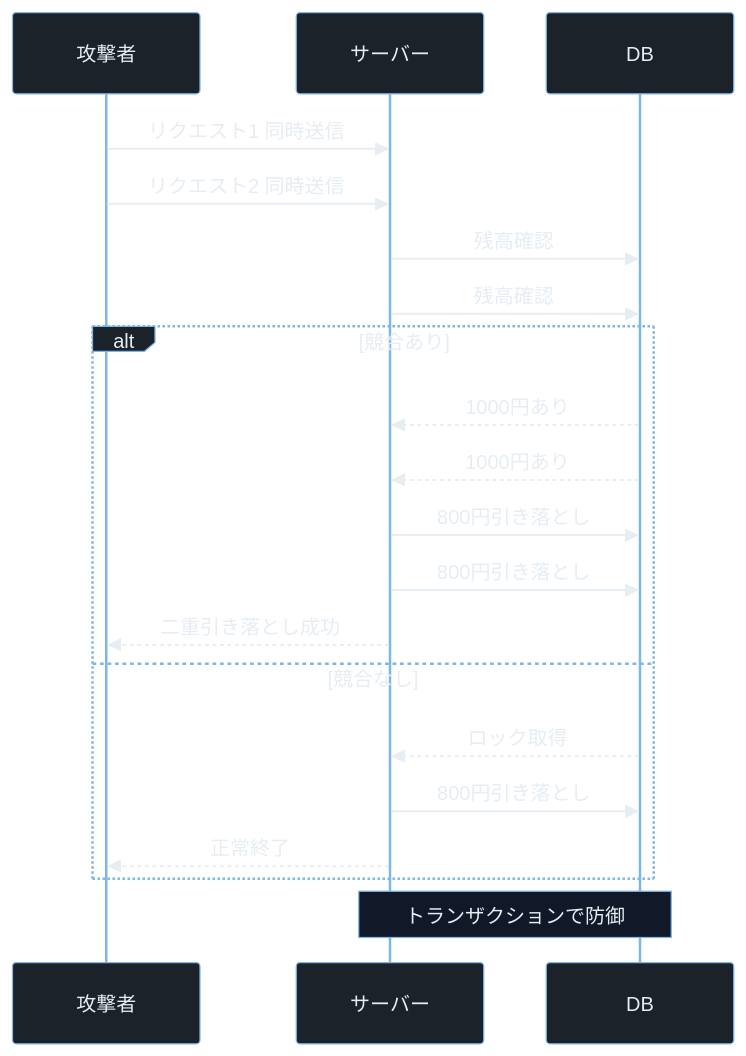
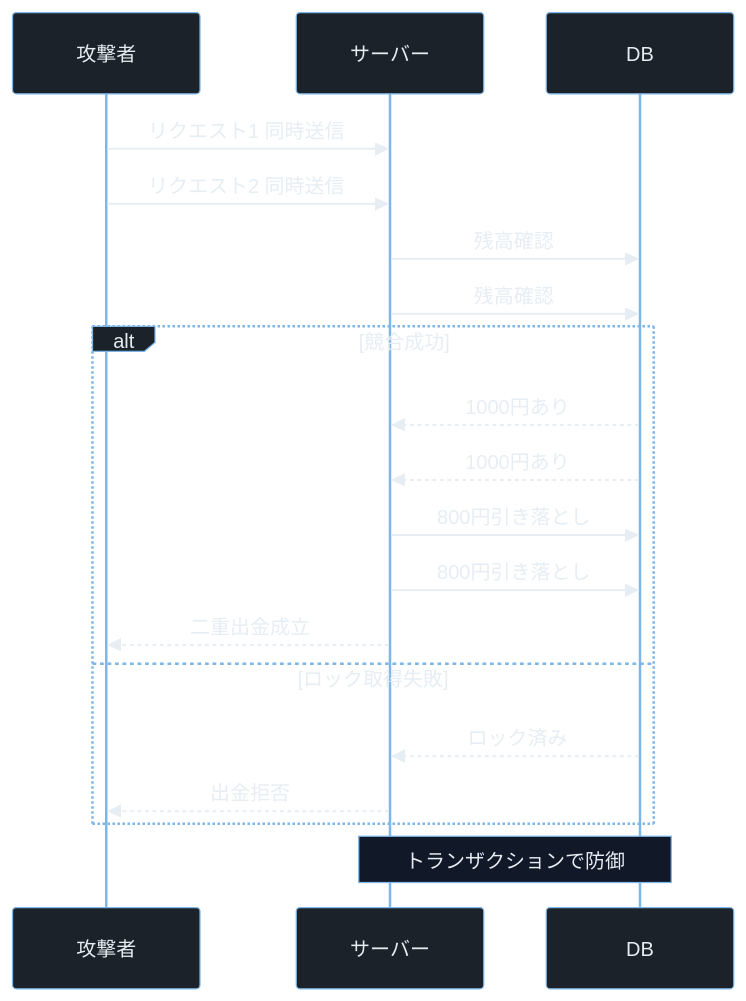
The second of 2 diagrams in articles/process-and-thread/index.md (Omni-lab26/recon0x-content), drawn with Mermaid before and after one commit. The commit also changed other lines of this file and 3 other files, not shown here.

````diff
--- a/articles/process-and-thread/index.md
+++ b/articles/process-and-thread/index.md
@@ -106,24 +112,23 @@
 ```mermaid
 %%{init: {"theme":"base","themeVariables":{"background":"#0b1117","primaryColor":"#1b222a","primaryBorderColor":"#7fb6e8","primaryTextColor":"#e6edf3","lineColor":"#9db6c9","actorBkg":"#1b222a","actorBorder":"#7fb6e8","actorTextColor":"#e6edf3","activationBkgColor":"#1b222a","activationBorderColor":"#7fb6e8","sequenceNumberColor":"#e6edf3","noteBkgColor":"#111827","noteTextColor":"#e6edf3","noteBorderColor":"#7fb6e8"}}}%%
 sequenceDiagram
     participant A as 攻撃者
     participant S as サーバー
     participant D as DB
 
     A->>S: リクエスト1 同時送信
     A->>S: リクエスト2 同時送信
     S->>D: 残高確認
     S->>D: 残高確認
-    alt 競合あり
+    alt 競合成功
         D-->>S: 1000円あり
         D-->>S: 1000円あり
         S->>D: 800円引き落とし
         S->>D: 800円引き落とし
-        S-->>A: 二重引き落とし成功
-    else 競合なし
-        D-->>S: ロック取得
-        S->>D: 800円引き落とし
-        S-->>A: 正常終了
+        S-->>A: 二重出金成立
+    else ロック取得失敗
+        D-->>S: ロック済み
+        S-->>A: 出金拒否
     end
     Note over S,D: トランザクションで防御
 ```
````
